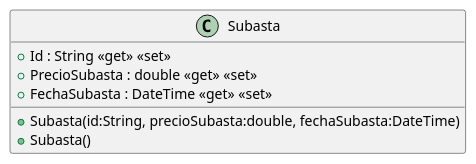
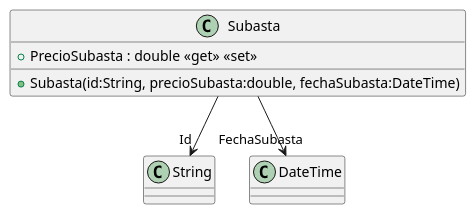
Before and after one commit to ISII2627LosElnes/ISII2627LosElnes: the diagram in src/AppForSEII.API/ClassDiagram/Subasta.puml, drawn with PlantUML. The commit also changed 6 other files, not shown here.

```diff
--- a/src/AppForSEII.API/ClassDiagram/Subasta.puml
+++ b/src/AppForSEII.API/ClassDiagram/Subasta.puml
@@ -1,9 +1,8 @@
 @startuml
 class Subasta {
     + Subasta(id:String, precioSubasta:double, fechaSubasta:DateTime)
-    + Subasta()
-    + Id : String <<get>> <<set>>
     + PrecioSubasta : double <<get>> <<set>>
-    + FechaSubasta : DateTime <<get>> <<set>>
 }
+Subasta --> "Id" String
+Subasta --> "FechaSubasta" DateTime
 @enduml
```
